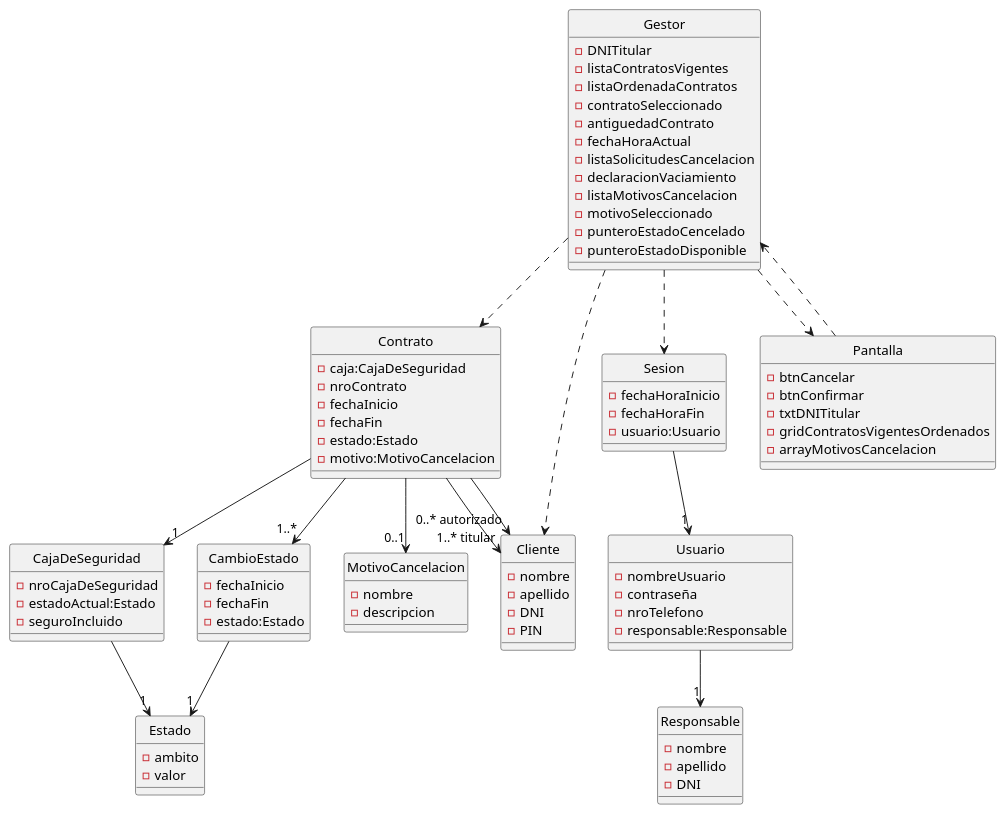
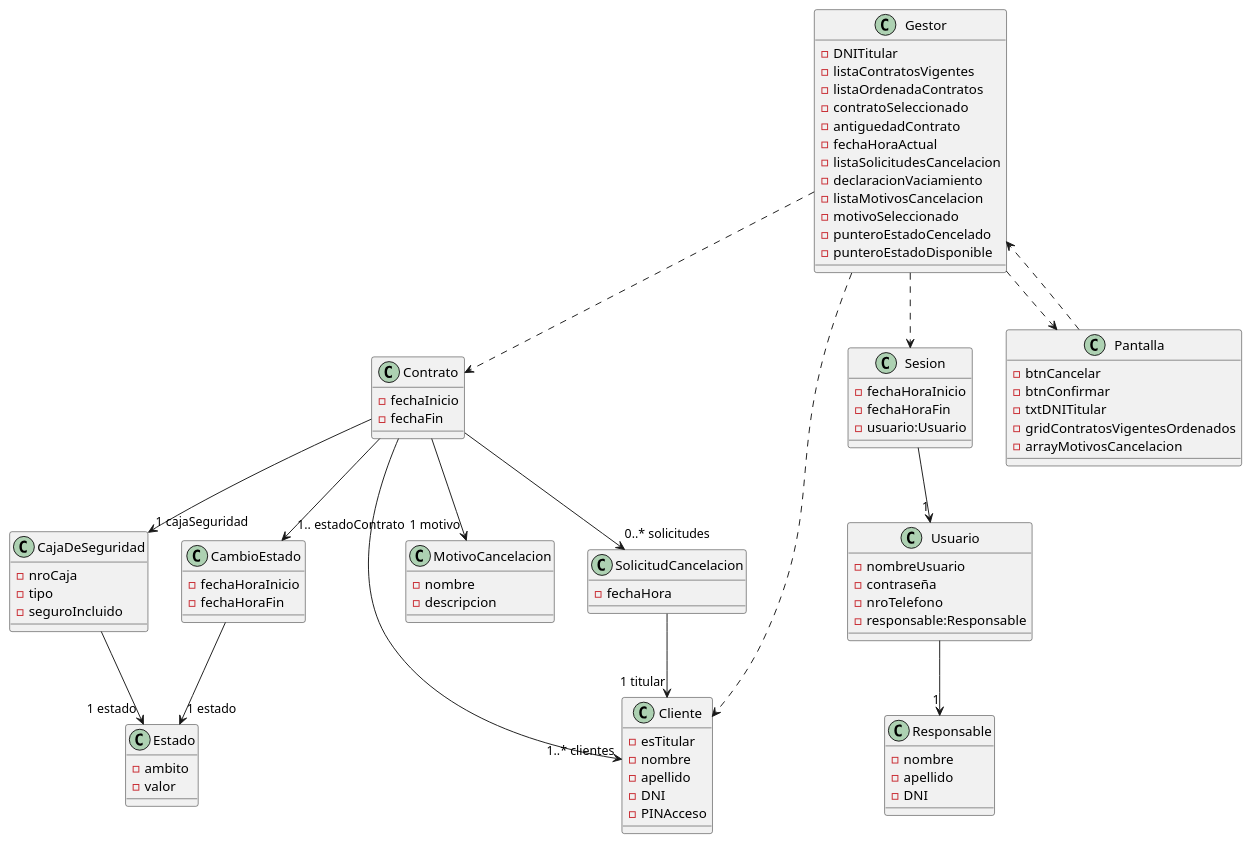
One commit to IgnacioSala20/Diagramas changed the diagram in Parcial Cajas de Seguridad/Diagramas de Clases/CU-31-VE.puml. Above: the diagram before and after it, drawn with PlantUML.

Commit message:
diagrama CU31 vista estatica (falta agregar metodos)

```diff
--- a/Parcial Cajas de Seguridad/Diagramas de Clases/CU-31-VE.puml
+++ b/Parcial Cajas de Seguridad/Diagramas de Clases/CU-31-VE.puml
@@ -1,118 +1,101 @@
 @startuml
-hide circle 
-class CajaDeSeguridad{
-    -nroCajaDeSeguridad
-    -estadoActual:Estado
-    -seguroIncluido
 
+class Contrato{
+-fechaInicio
+-fechaFin
 }
 
-
-class Contrato{
-    -caja:CajaDeSeguridad
-    -nroContrato
-    -fechaInicio
-    -fechaFin
-    -estado:Estado
--motivo:MotivoCancelacion
+class CajaDeSeguridad{
+-nroCaja
+-tipo
+-seguroIncluido
 }
 
-
 class CambioEstado{
-    -fechaInicio 
-    -fechaFin
-    -estado:Estado
-
-}
-class Estado{
-    - ambito
-    - valor
-
+-fechaHoraInicio
+-fechaHoraFin
 }
 
+class Estado{
+-ambito
+-valor
+}
 
 class Cliente{
-    -nombre
-    -apellido
-    -DNI 
-    -PIN 
+-esTitular
+-nombre
+-apellido
+-DNI
+-PINAcceso
 }
-'class Rol{}
+
+class MotivoCancelacion{
+-nombre
+-descripcion
+}
+class SolicitudCancelacion{
+-fechaHora
+}
 
 class Sesion{
     -fechaHoraInicio
     -fechaHoraFin
     -usuario:Usuario
 }
 class Usuario{
     -nombreUsuario
     -contraseña
     -nroTelefono
     -responsable:Responsable
 }
 class Responsable{
     -nombre
     -apellido 
     -DNI
 }
 
-
-
-class MotivoCancelacion{
-    - nombre 
-    - descripcion
-}
-
-
-
-
-
-'esto va a depender de la plantilla que toque
 class Gestor{
 -DNITitular
 -listaContratosVigentes
 -listaOrdenadaContratos
 -contratoSeleccionado
 -antiguedadContrato
 -fechaHoraActual
 -listaSolicitudesCancelacion
 -declaracionVaciamiento
 -listaMotivosCancelacion
 -motivoSeleccionado
 -punteroEstadoCencelado
 -punteroEstadoDisponible
 
 } 
 class Pantalla{
 -btnCancelar
 -btnConfirmar
 -txtDNITitular
 -gridContratosVigentesOrdenados
 -arrayMotivosCancelacion
 
 }
 
 
-CajaDeSeguridad --> "1" Estado
-
-'Contrato o--> "1..*" DetalleContrato
-'DetalleContrato --> "1..*" Cliente
-Contrato --> "1..* titular" Cliente 
-Contrato -->"0..* autorizado" Cliente
-Contrato --> "1" CajaDeSeguridad
-
-Contrato --> "1..*" CambioEstado
-CambioEstado --> "1" Estado
-
-
 Sesion --> "1" Usuario
 Usuario --> "1" Responsable
-
-Contrato--> "0..1" MotivoCancelacion
 
 Gestor ..> Sesion
 Gestor ..> Pantalla
 Pantalla ..> Gestor
 Gestor..> Contrato
 Gestor ..> Cliente
+
+Contrato --> "1..* clientes" Cliente
+Contrato --> "0..* solicitudes" SolicitudCancelacion
+SolicitudCancelacion --> "1 titular" Cliente
+Contrato --> "1 motivo" MotivoCancelacion
+Contrato --> "1.. estadoContrato" CambioEstado
+CambioEstado --> "1 estado" Estado
+
+Contrato --> "1 cajaSeguridad" CajaDeSeguridad
+CajaDeSeguridad --> "1 estado" Estado
+
 @enduml
```
